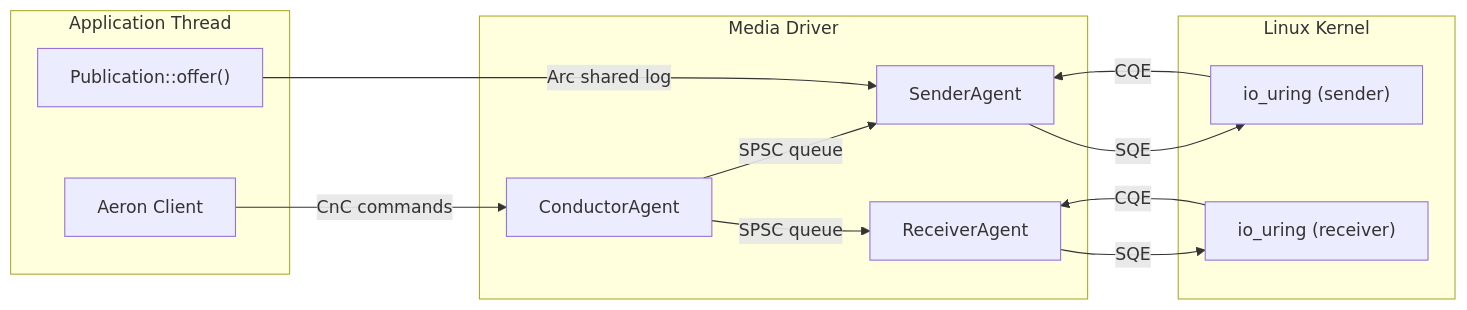
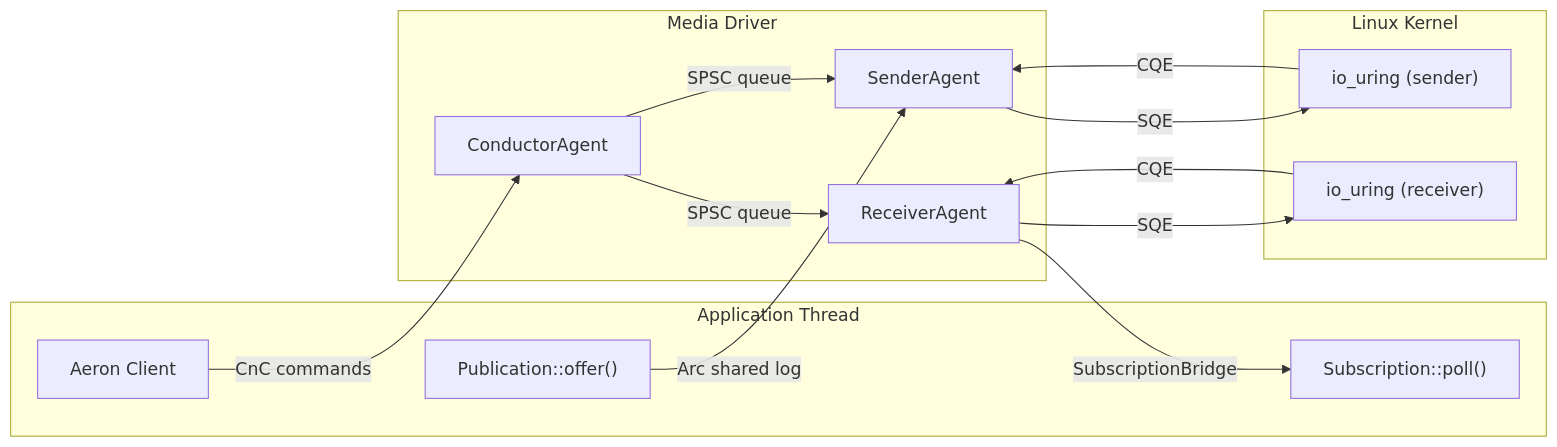
One commit to brianpht/aeron-rs changed the diagram in README.md. Above: the diagram before and after it, drawn with Mermaid. The commit also changed other lines of this file and 3 other files, not shown here.

````diff
--- a/README.md
+++ b/README.md
@@ -196,25 +198,27 @@
 ```mermaid
 flowchart LR
     subgraph App["Application Thread"]
         Aeron["Aeron Client"]
         Pub["Publication::offer()"]
+        Sub["Subscription::poll()"]
     end
     subgraph Driver["Media Driver"]
         Conductor["ConductorAgent"]
         Sender["SenderAgent"]
         Receiver["ReceiverAgent"]
     end
     subgraph K["Linux Kernel"]
         Ring1["io_uring (sender)"]
         Ring2["io_uring (receiver)"]
     end
 
     Aeron -->|"CnC commands"| Conductor
     Conductor -->|"SPSC queue"| Sender
     Conductor -->|"SPSC queue"| Receiver
     Pub -->|"Arc shared log"| Sender
+    Receiver -->|"SubscriptionBridge"| Sub
     Sender -->|"SQE"| Ring1
     Ring1 -->|"CQE"| Sender
     Receiver -->|"SQE"| Ring2
     Ring2 -->|"CQE"| Receiver
 ```
````
